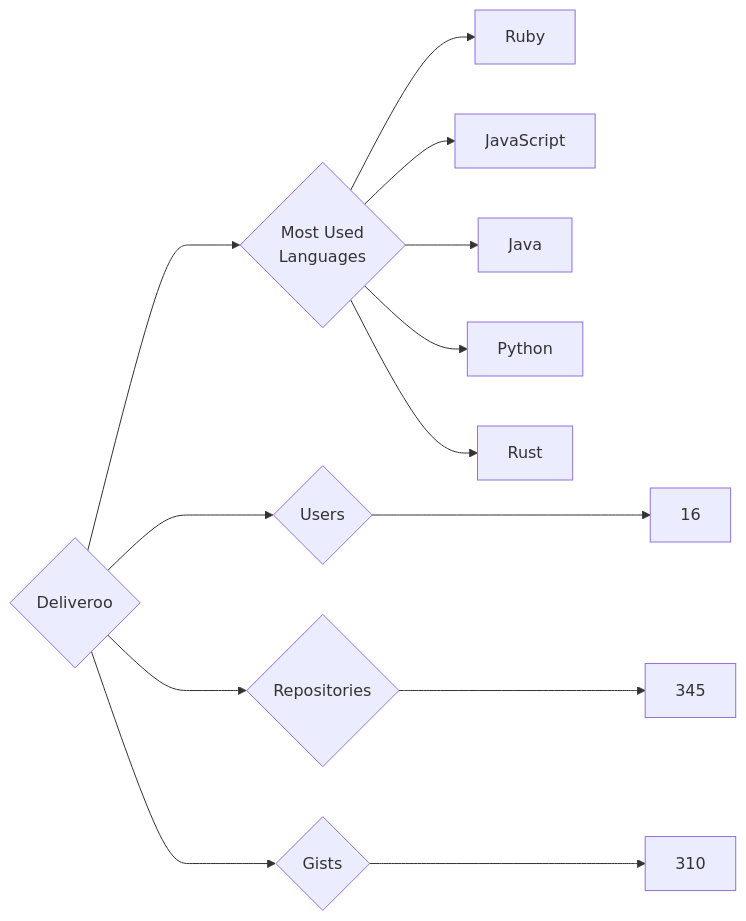
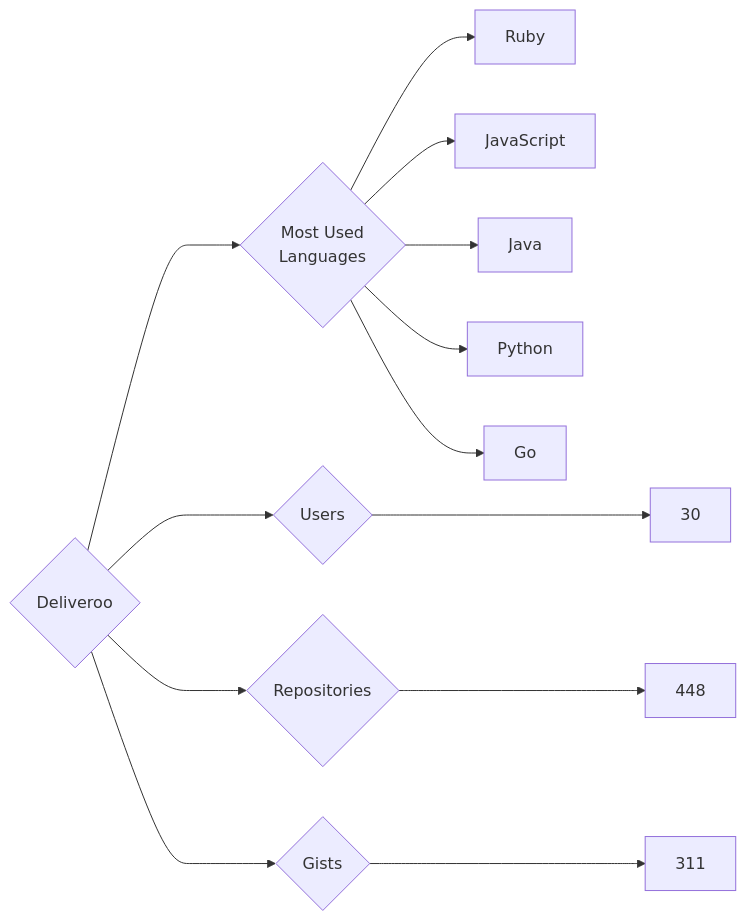
One commit to trickest/insiders changed the diagram in targets/Deliveroo/README.md. Above: the diagram before and after it, drawn with Mermaid. The commit also changed 916 other files, not shown here.

````diff
--- a/targets/Deliveroo/README.md
+++ b/targets/Deliveroo/README.md
@@ -3,13 +3,13 @@
 ```mermaid
 graph LR
 COMPANY_NAME{Deliveroo}
-COMPANY_NAME ---> U{Users} ---> UN[16]
-COMPANY_NAME ---> R{Repositories} ---> RN[345]
-COMPANY_NAME ---> G{Gists} ---> GN[310]
+COMPANY_NAME ---> U{Users} ---> UN[30]
+COMPANY_NAME ---> R{Repositories} ---> RN[448]
+COMPANY_NAME ---> G{Gists} ---> GN[311]
 COMPANY_NAME ---> ML{Most Used<br>Languages}
 ML --> Ruby[Ruby]
 ML --> JavaScript[JavaScript]
 ML --> Java[Java]
 ML --> Python[Python]
-ML --> Rust[Rust]
+ML --> Go[Go]
 ```
````
